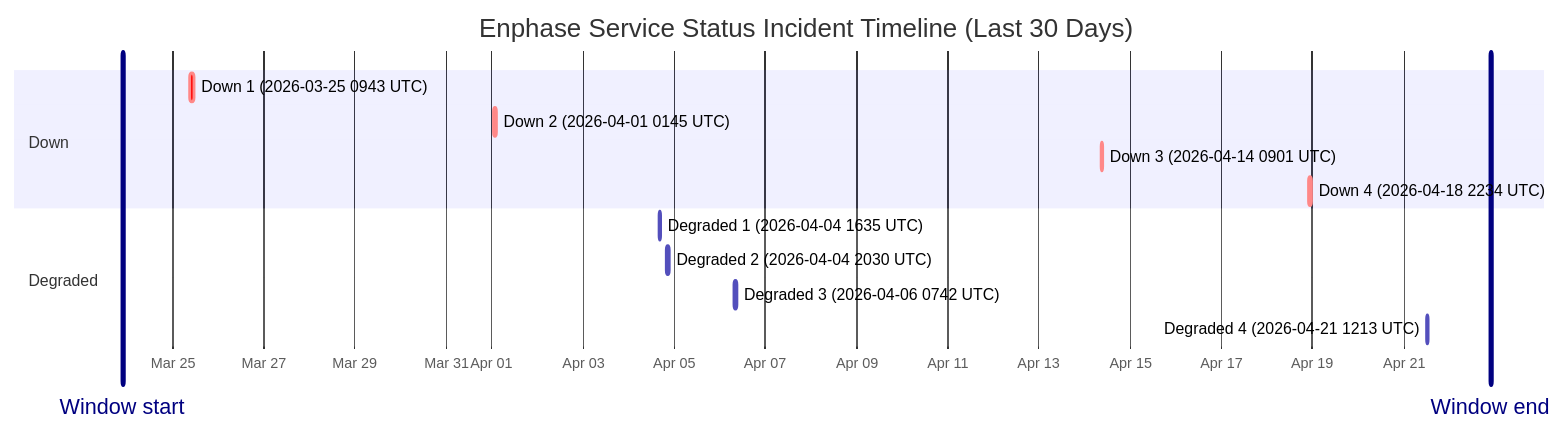
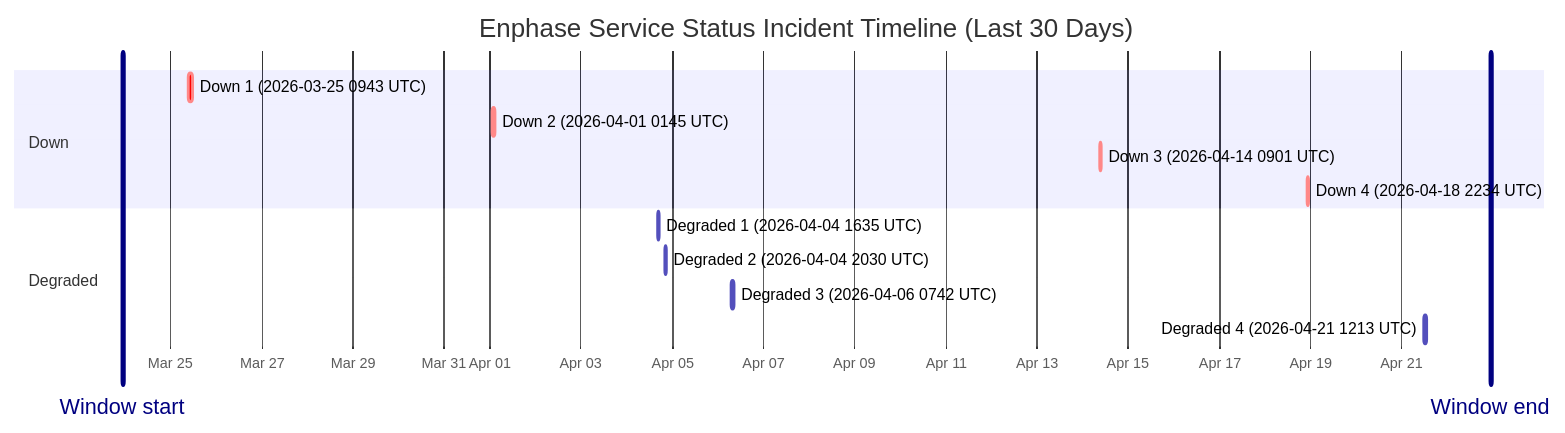
Before and after one commit to barneyonline/ha-enphase-ev-charger: the diagram in wiki/Service-Status-History.md, drawn with Mermaid. The commit also changed other lines of this file and 3 other files, not shown here.

````diff
--- a/wiki/Service-Status-History.md
+++ b/wiki/Service-Status-History.md
@@ -14,18 +14,18 @@
 ```mermaid
 gantt
     title Enphase Service Status Incident Timeline (Last 30 Days)
     dateFormat  YYYY-MM-DDTHH:mm:ss
     axisFormat  %b %d
-    Window start :vert, window-start, 2026-03-23T21:50:13, 0ms
-    Window end :vert, window-end, 2026-04-22T21:50:13, 0ms
+    Window start :vert, window-start, 2026-03-23T22:46:40, 0ms
+    Window end :vert, window-end, 2026-04-22T22:46:40, 0ms
     section Down
     Down 1 (2026-03-25 0943 UTC) :crit, down-1, 2026-03-25T09:43:28, 111m
     Down 2 (2026-04-01 0145 UTC) :crit, down-2, 2026-04-01T01:45:09, 60m
     Down 3 (2026-04-14 0901 UTC) :crit, down-3, 2026-04-14T09:01:13, 60m
     Down 4 (2026-04-18 2234 UTC) :crit, down-4, 2026-04-18T22:34:13, 60m
     section Degraded
     Degraded 1 (2026-04-04 1635 UTC) :active, degraded-1, 2026-04-04T16:35:17, 60m
     Degraded 2 (2026-04-04 2030 UTC) :active, degraded-2, 2026-04-04T20:30:40, 60m
     Degraded 3 (2026-04-06 0742 UTC) :active, degraded-3, 2026-04-06T07:42:09, 85m
     Degraded 4 (2026-04-21 1213 UTC) :active, degraded-4, 2026-04-21T12:13:11, 60m
 ```
````
